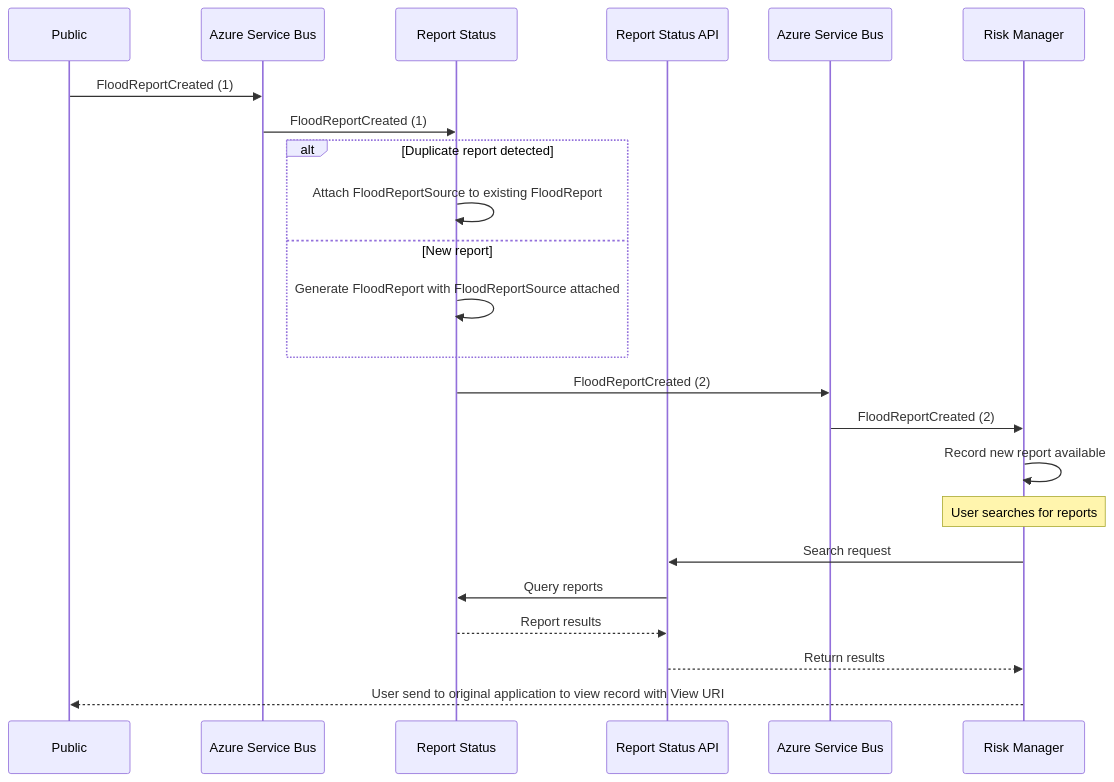
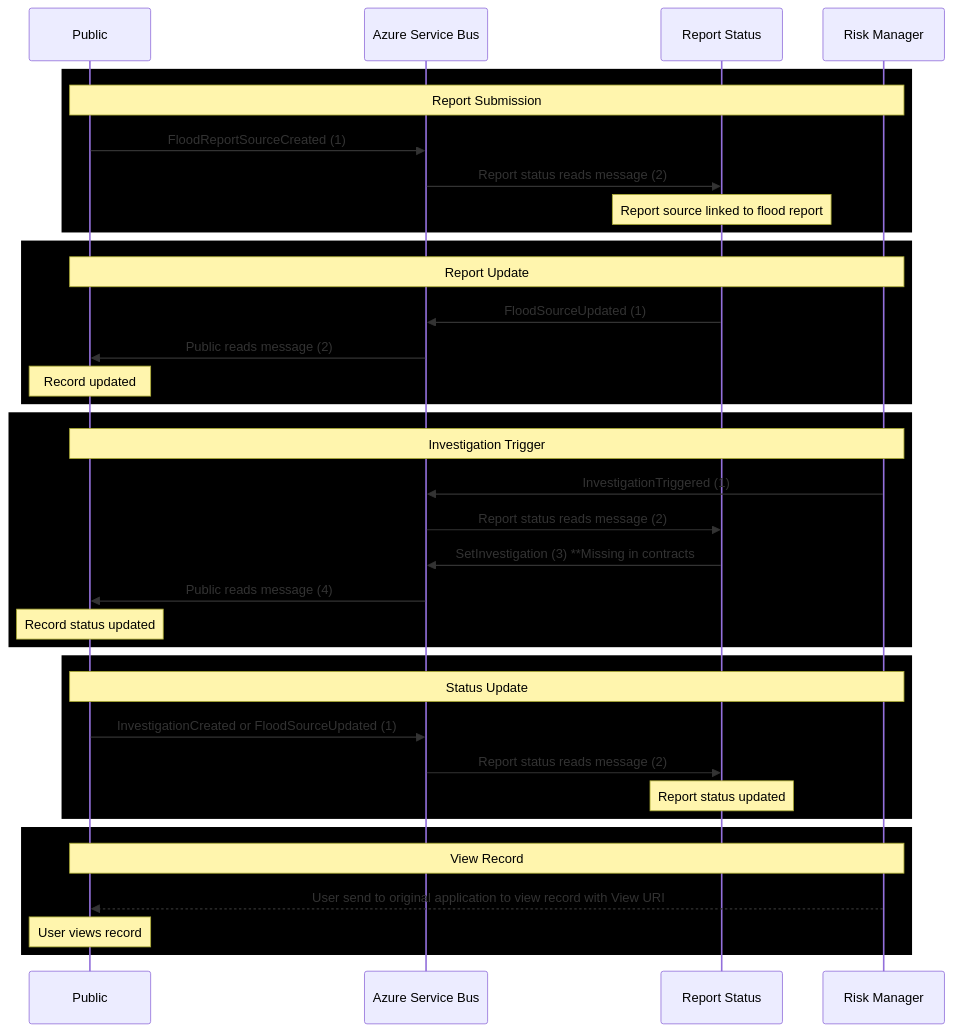
One commit to Dorset-Council-UK/FloodOnlineReportingTool.Public changed the diagram in docs/flows/system_communication_diagram.md. Above: the diagram before and after it, drawn with Mermaid. The commit also changed 3 other files, not shown here.

Commit message:
Further updates to flows folder

````diff
--- a/docs/flows/system_communication_diagram.md
+++ b/docs/flows/system_communication_diagram.md
@@ -1,33 +1,45 @@
 ```mermaid
 sequenceDiagram
     participant Public
     participant ASB as Azure Service Bus
     participant RS as Report Status
-    participant RSA as Report Status API
-    participant ASB2 as Azure Service Bus
     participant RM as Risk Manager
+    
 
-    Public->>ASB: FloodReportCreated (1)
-
-    ASB->>RS: FloodReportCreated (1)
-
-    alt Duplicate report detected
-        RS->>RS: Attach FloodReportSource to existing FloodReport
-    else New report
-        RS->>RS: Generate FloodReport with FloodReportSource attached
+    rect rgb(0, 0, 0)
+        Note over Public,RM: Report Submission
+        Public->>ASB: FloodReportSourceCreated (1)
+        ASB->>RS: Report status reads message (2)
+        Note over RS: Report source linked to flood report
     end
 
-    RS->>ASB2: FloodReportCreated (2)
+    rect rgb(0, 0, 0)
+        Note over Public,RM: Report Update
+        RS->>ASB: FloodSourceUpdated (1)
+        ASB->>Public: Public reads message (2)
+        Note over Public: Record updated
+    end
 
-    ASB2->>RM: FloodReportCreated (2)
-    RM->>RM: Record new report available
+    rect rgb(0, 0, 0)
+        Note over Public,RM: Investigation Trigger
+        RM->>ASB: InvestigationTriggered (1)
+        ASB->>RS: Report status reads message (2)
+        RS->>ASB: SetInvestigation (3) **Missing in contracts
+        ASB->>Public: Public reads message (4)
+        Note over Public: Record status updated
+    end
 
-    Note over RM: User searches for reports
+    rect rgb(0, 0, 0)
+        Note over Public,RM: Status Update
+        Public->>ASB: InvestigationCreated or FloodSourceUpdated (1)
+        ASB->>RS: Report status reads message (2)
+        Note over RS: Report status updated
+    end
 
-    RM->>RSA: Search request
-    RSA->>RS: Query reports
-    RS-->>RSA: Report results
-    RSA-->>RM: Return results
 
-    RM-->>Public: User send to original application to view record with View URI
+    rect rgb(0, 0, 0)
+        Note over Public,RM: View Record
+        RM-->>Public: User send to original application to view record with View URI
+        Note over Public: User views record
+    end
 ```
````
